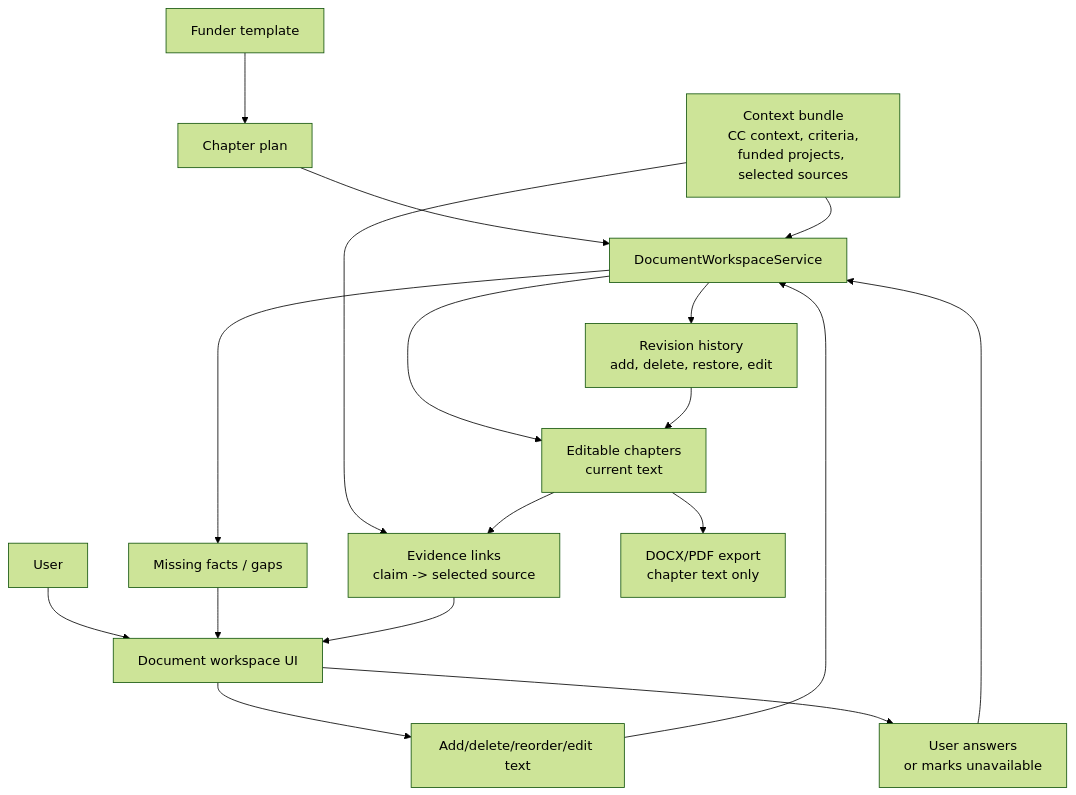
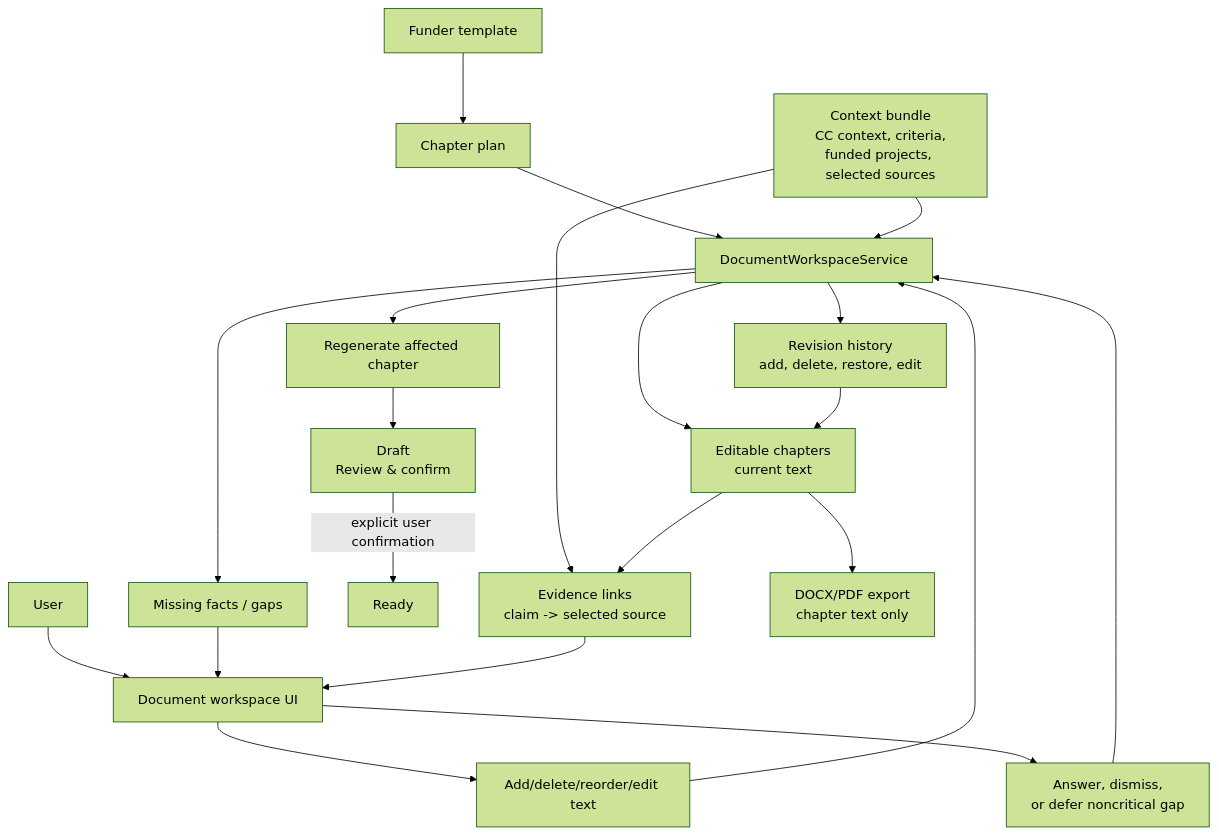
Before and after one commit to Open-Earth-Foundation/CityCatalyst: the tenth of 14 diagrams in docs/ConceptNoteBuilderArchitecture.md, drawn with Mermaid (forest theme). The commit also changed other lines of this file and 27 other files, not shown here.

````diff
--- a/docs/ConceptNoteBuilderArchitecture.md
+++ b/docs/ConceptNoteBuilderArchitecture.md
@@ -1372,20 +1409,23 @@
 ```mermaid
 flowchart TB
     Template["Funder template"] --> ChapterPlan["Chapter plan"]
     ChapterPlan --> DocService["DocumentWorkspaceService"]
     Context["Context bundle<br/>CC context, criteria,<br/>funded projects, selected sources"] --> DocService
     User["User"] --> Workspace["Document workspace UI"]
     Workspace --> UserEdits["Add/delete/reorder/edit text"]
     UserEdits --> DocService
     DocService --> Chapters["Editable chapters<br/>current text"]
     DocService --> Revisions["Revision history<br/>add, delete, restore, edit"]
     Revisions --> Chapters
     DocService --> Gaps["Missing facts / gaps"]
     Gaps --> Workspace
-    Workspace --> UserAnswers["User answers<br/>or marks unavailable"]
+    Workspace --> UserAnswers["Answer, dismiss,<br/>or defer noncritical gap"]
     UserAnswers --> DocService
+    DocService --> Regenerate["Regenerate affected chapter"]
+    Regenerate --> DraftReview["Draft<br/>Review & confirm"]
+    DraftReview -->|"explicit user confirmation"| Ready["Ready"]
     Context --> EvidenceLinks["Evidence links<br/>claim -> selected source"]
     Chapters --> EvidenceLinks
     EvidenceLinks --> Workspace
     Chapters --> Exporter["DOCX/PDF export<br/>chapter text only"]
 ```
````
